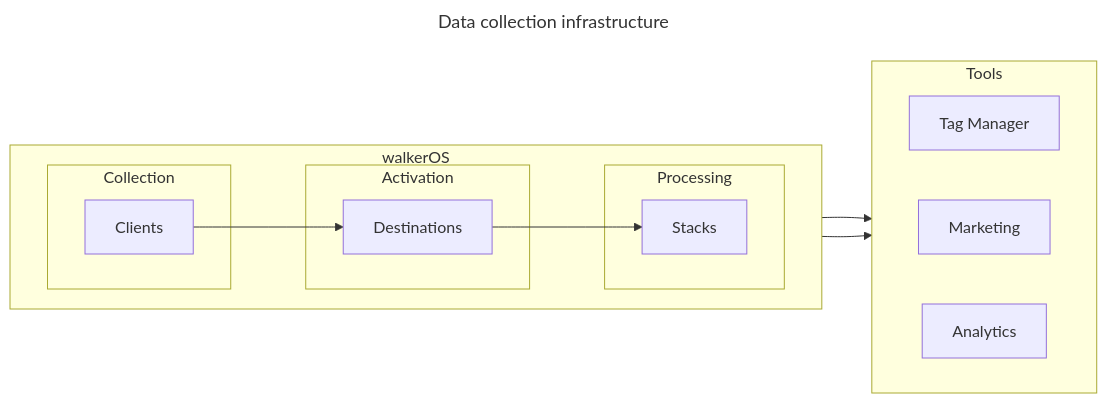
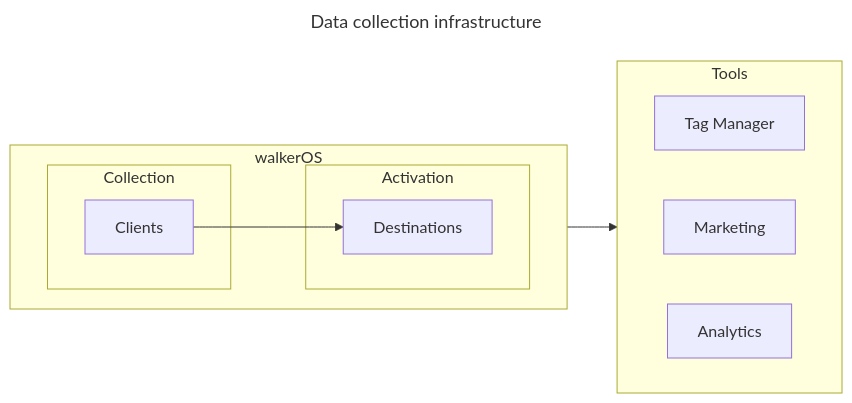
Before and after one commit to elbwalker/walkerOS: the first of 2 diagrams in website/docs/walkeros/index.mdx, drawn with Mermaid. The commit also changed other lines of this file and 6 other files, not shown here.

````diff
--- a/website/docs/walkeros/index.mdx
+++ b/website/docs/walkeros/index.mdx
@@ -52,32 +52,26 @@
 ```mermaid
 ---
 title: Data collection infrastructure
 ---
 flowchart LR
   subgraph walkerOS
     direction LR
     subgraph Collection
         Clients
-    end
-    subgraph Processing
-        Stacks
     end
     subgraph Activation
         Destinations
     end
     %%Utils
   end
   subgraph Tools
     direction LR
     tag["Tag Manager"]
     marketing["Marketing"]
     analytics["Analytics"]
   end
   Clients --> Destinations
-  Destinations --> Stacks
-  Stacks --> Tools
   Destinations --> Tools
   click Clients "/docs/clients/"
-  click Stacks "/docs/stacks/"
   click Destinations "/docs/destinations/"
 ```
````
